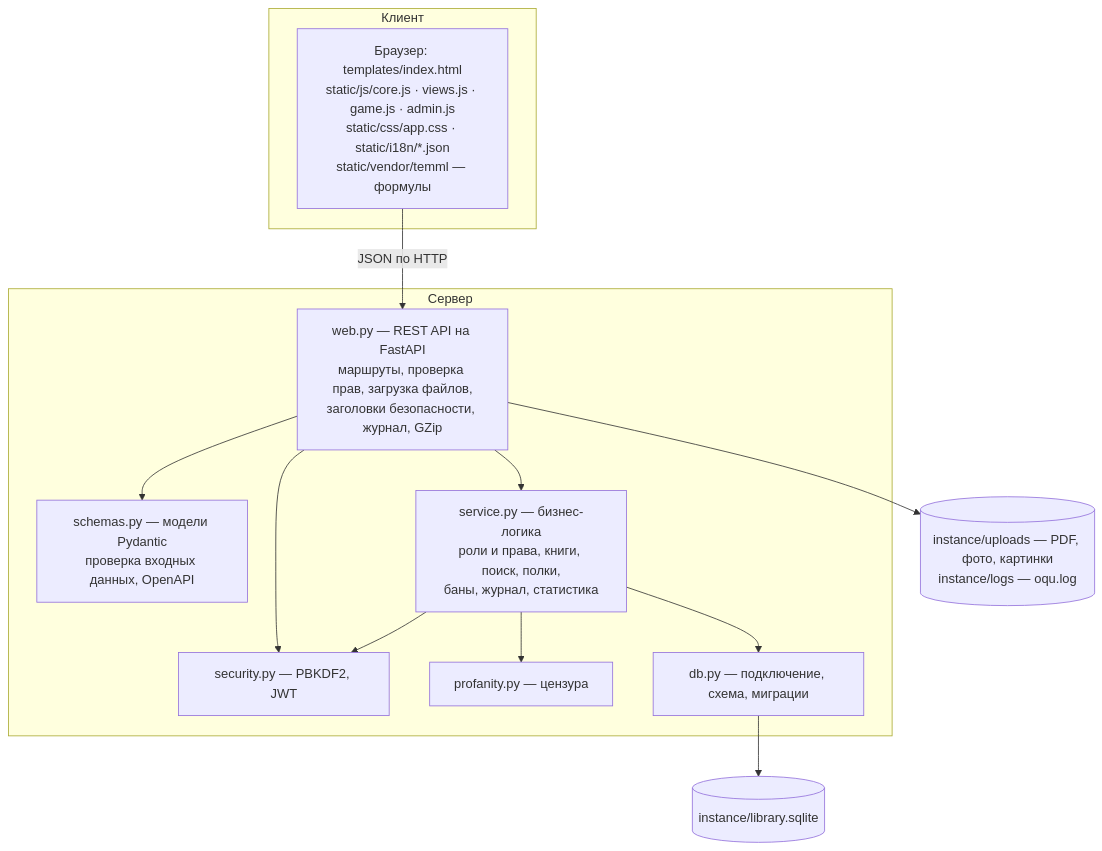
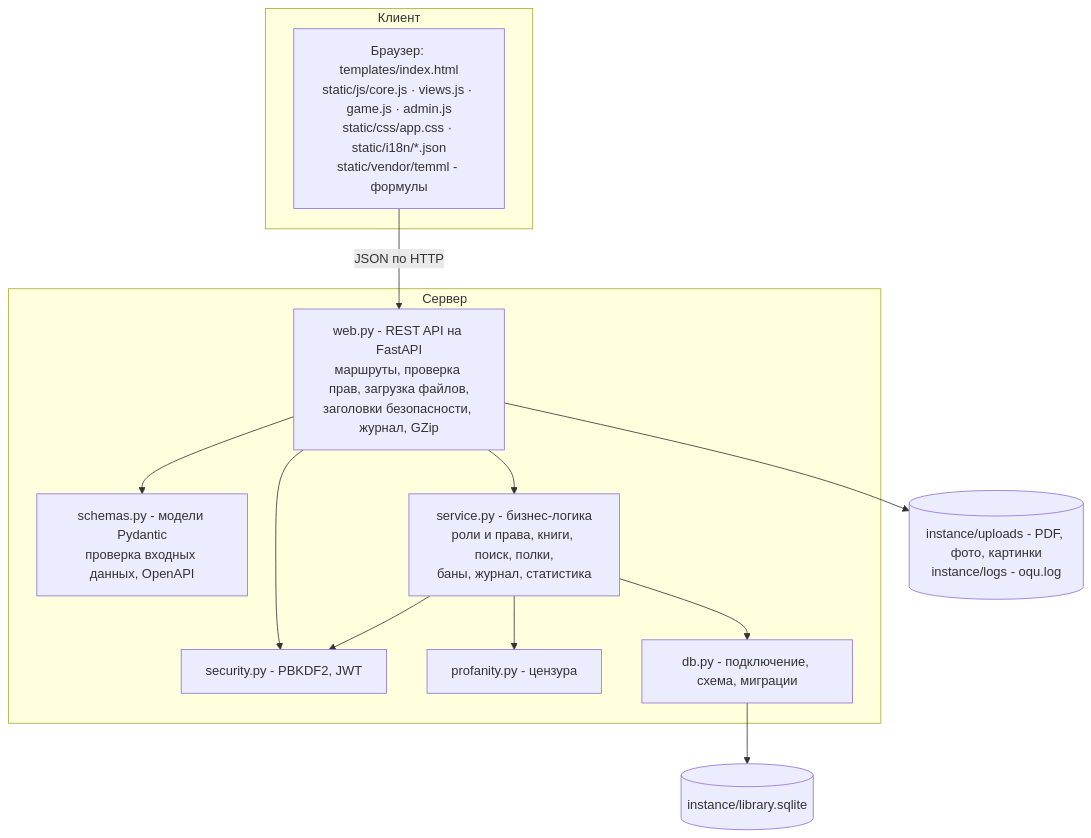
The second of 5 diagrams in docs/03_Описание_архитектуры.md (Kioku-0/oqu), drawn with Mermaid before and after one commit. The commit also changed other lines of this file and 35 other files, not shown here.

````diff
--- a/docs/03_Описание_архитектуры.md
+++ b/docs/03_Описание_архитектуры.md
@@ -28,24 +28,24 @@
 ```mermaid
 flowchart TB
     subgraph Клиент
-        B[Браузер: templates/index.html<br/>static/js/core.js · views.js · game.js · admin.js<br/>static/css/app.css · static/i18n/*.json<br/>static/vendor/temml — формулы]
+        B[Браузер: templates/index.html<br/>static/js/core.js · views.js · game.js · admin.js<br/>static/css/app.css · static/i18n/*.json<br/>static/vendor/temml - формулы]
     end
     subgraph Сервер
-        W[web.py — REST API на FastAPI<br/>маршруты, проверка прав, загрузка файлов,<br/>заголовки безопасности, журнал, GZip]
-        SC[schemas.py — модели Pydantic<br/>проверка входных данных, OpenAPI]
-        SE[security.py — PBKDF2, JWT]
-        SV[service.py — бизнес-логика<br/>роли и права, книги, поиск, полки,<br/>баны, журнал, статистика]
-        PR[profanity.py — цензура]
-        DB[db.py — подключение, схема, миграции]
+        W[web.py - REST API на FastAPI<br/>маршруты, проверка прав, загрузка файлов,<br/>заголовки безопасности, журнал, GZip]
+        SC[schemas.py - модели Pydantic<br/>проверка входных данных, OpenAPI]
+        SE[security.py - PBKDF2, JWT]
+        SV[service.py - бизнес-логика<br/>роли и права, книги, поиск, полки,<br/>баны, журнал, статистика]
+        PR[profanity.py - цензура]
+        DB[db.py - подключение, схема, миграции]
     end
     F[(instance/library.sqlite)]
-    FS[(instance/uploads — PDF, фото, картинки<br/>instance/logs — oqu.log)]
+    FS[(instance/uploads - PDF, фото, картинки<br/>instance/logs - oqu.log)]
     B -- JSON по HTTP --> W
     W --> SC
     W --> SE
     W --> SV
     SV --> PR
     SV --> SE
     SV --> DB --> F
     W --> FS
 ```
````
